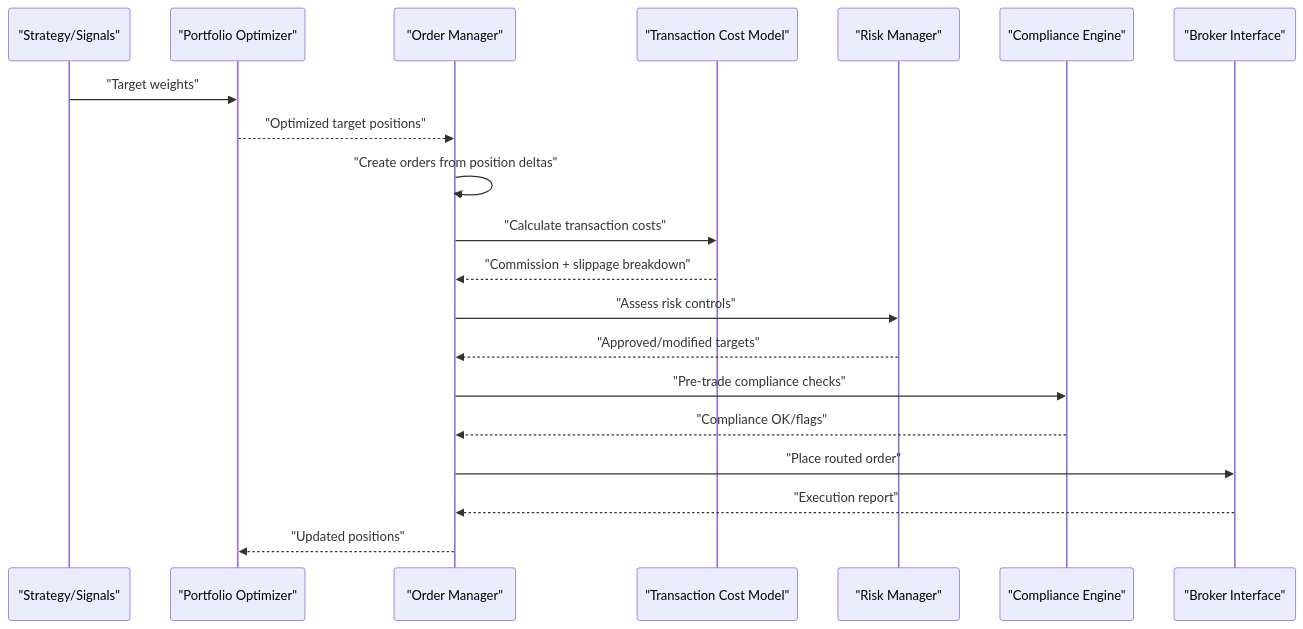
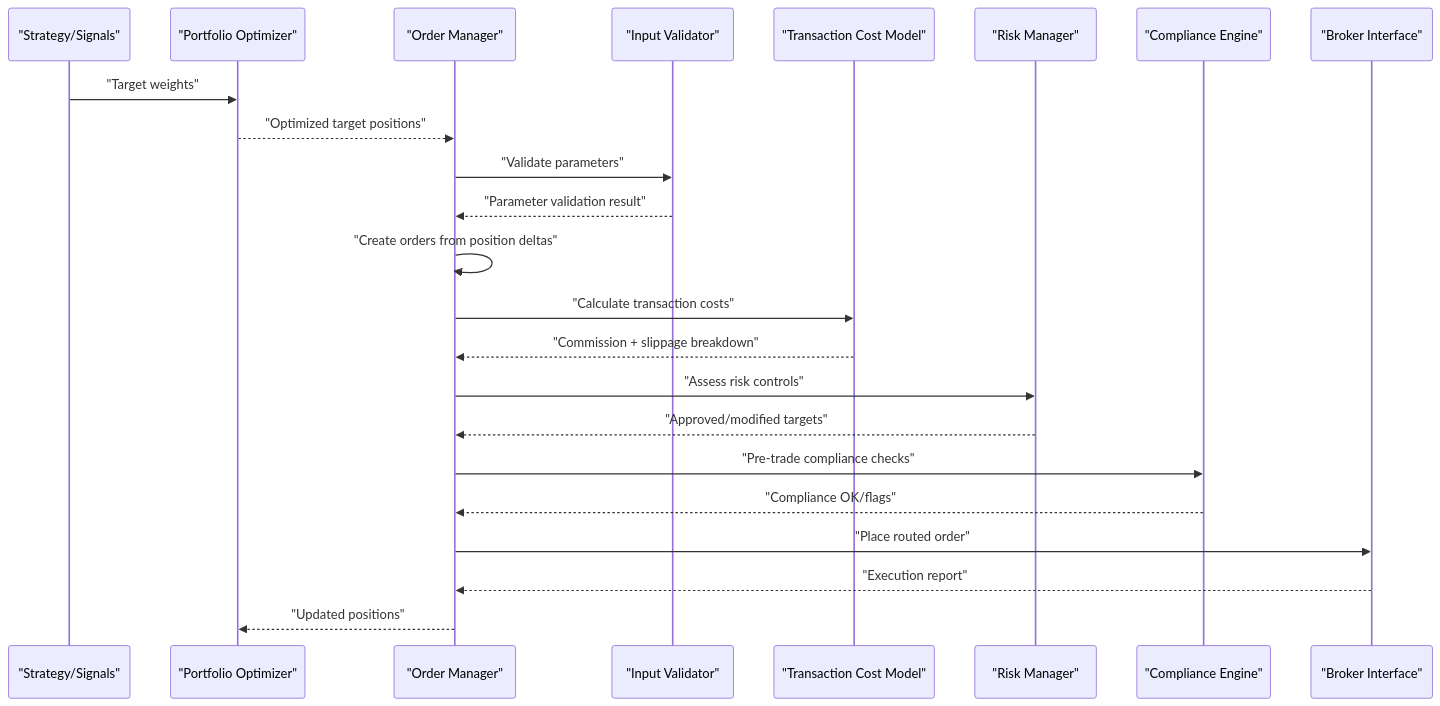
Before and after one commit to guofeng201507/shark-quant-trader: the second of 13 diagrams in .qoder/repowiki/en/content/Execution and Compliance.md, drawn with Mermaid. The commit also changed other lines of this file and 14 other files, not shown here.

````diff
--- a/.qoder/repowiki/en/content/Execution and Compliance.md
+++ b/.qoder/repowiki/en/content/Execution and Compliance.md
@@ -92,22 +100,25 @@
 ```mermaid
 sequenceDiagram
 participant Strat as "Strategy/Signals"
 participant Port as "Portfolio Optimizer"
 participant Exec as "Order Manager"
+participant Valid as "Input Validator"
 participant Cost as "Transaction Cost Model"
 participant Risk as "Risk Manager"
 participant Comp as "Compliance Engine"
 participant Broker as "Broker Interface"
 Strat->>Port : "Target weights"
 Port-->>Exec : "Optimized target positions"
+Exec->>Valid : "Validate parameters"
+Valid-->>Exec : "Parameter validation result"
 Exec->>Exec : "Create orders from position deltas"
 Exec->>Cost : "Calculate transaction costs"
 Cost-->>Exec : "Commission + slippage breakdown"
 Exec->>Risk : "Assess risk controls"
 Risk-->>Exec : "Approved/modified targets"
 Exec->>Comp : "Pre-trade compliance checks"
 Comp-->>Exec : "Compliance OK/flags"
 Exec->>Broker : "Place routed order"
 Broker-->>Exec : "Execution report"
 Exec-->>Port : "Updated positions"
 ```
````
